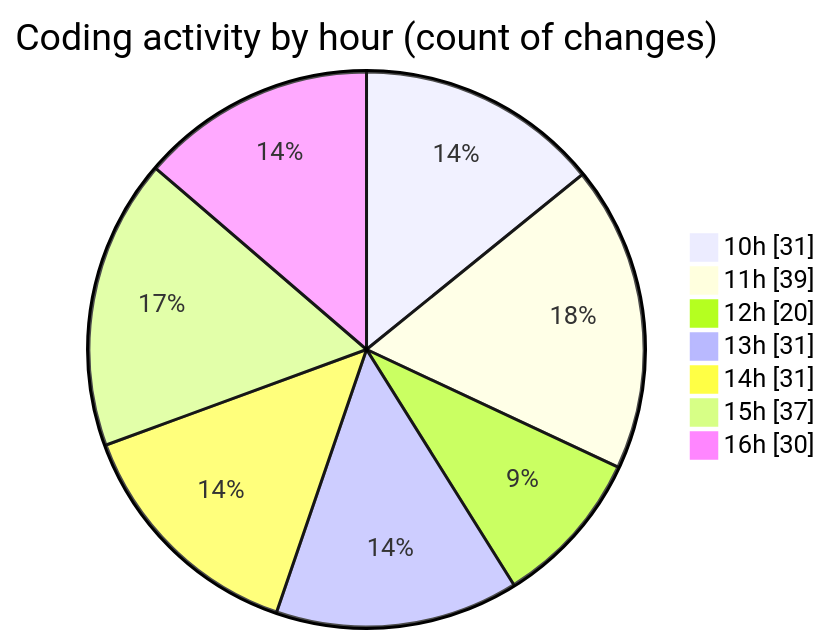
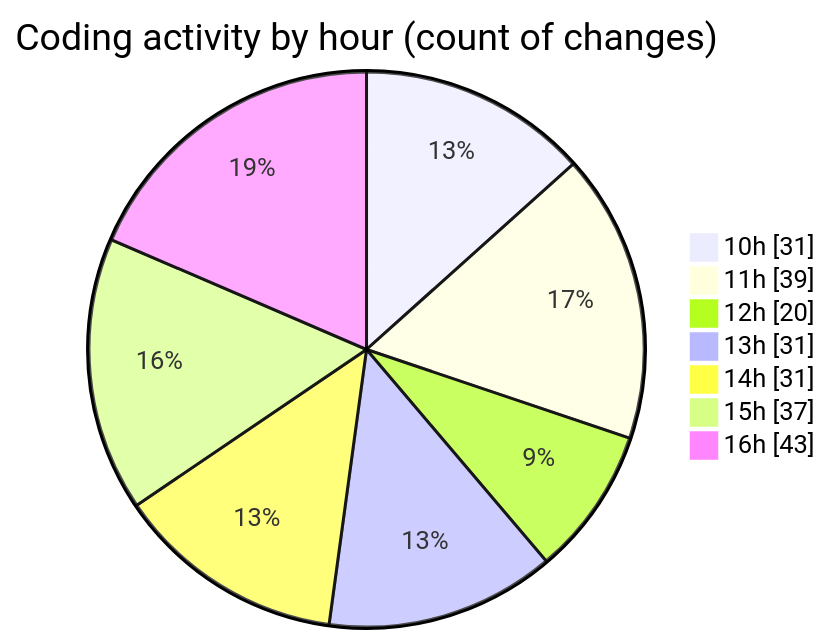
One commit to momahboobian/code-tracking changed the second of 2 diagrams in 2026-03-25/cda/README.md. Above: the diagram before and after it, drawn with Mermaid. The commit also changed other lines of this file and 1 other file, not shown here.

````diff
--- a/2026-03-25/cda/README.md
+++ b/2026-03-25/cda/README.md
@@ -39,11 +41,11 @@
 ```mermaid
 pie showData
 title Coding activity by hour (count of changes)
 "10h" : 31
 "11h" : 39
 "12h" : 20
 "13h" : 31
 "14h" : 31
 "15h" : 37
-"16h" : 30
+"16h" : 43
 ```
````
